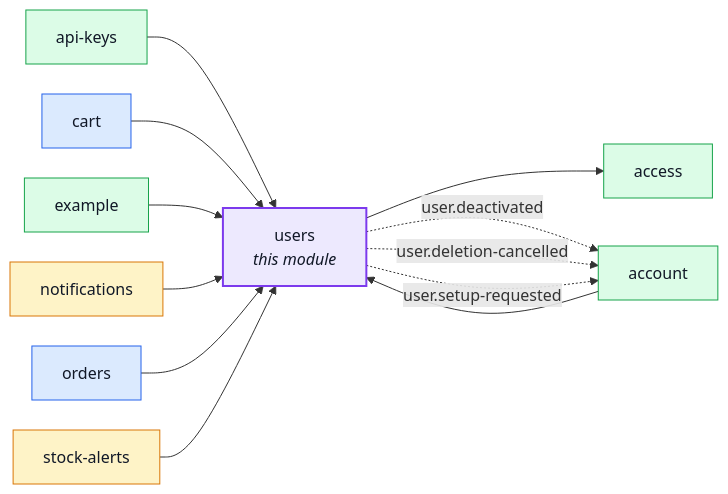
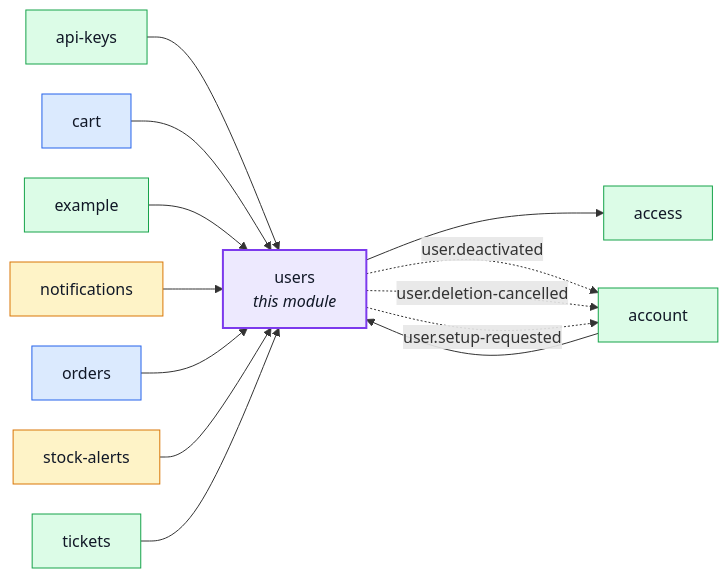
The first of 3 diagrams in docs/modules/users.md (Guebbit/boilerplate-node-backend), drawn with Mermaid before and after one commit. The commit also changed 59 other files, not shown here.

````diff
--- a/docs/modules/users.md
+++ b/docs/modules/users.md
@@ -16,34 +16,36 @@
 ```mermaid
 %%{init: {'flowchart': {'nodeSpacing': 30, 'rankSpacing': 60}}}%%
 flowchart LR
     users["users<br/><i>this module</i>"]
     access["access"]
     account["account"]
     api_keys["api-keys"]
     cart["cart"]
     example["example"]
     notifications["notifications"]
     orders["orders"]
     stock_alerts["stock-alerts"]
+    tickets["tickets"]
 
     account --> users
     api_keys --> users
     cart --> users
     example --> users
     notifications --> users
     orders --> users
     stock_alerts --> users
+    tickets --> users
     users --> access
     users -. "user.deactivated" .-> account
     users -. "user.deletion-cancelled" .-> account
     users -. "user.setup-requested" .-> account
 
     classDef core fill:#dbeafe,stroke:#2563eb,color:#111827;
     classDef supporting fill:#fef3c7,stroke:#d97706,color:#111827;
     classDef generic fill:#dcfce7,stroke:#16a34a,color:#111827;
     classDef centre fill:#ede9fe,stroke:#7c3aed,stroke-width:2px,color:#111827;
     class cart,orders core;
     class notifications,stock_alerts supporting;
-    class access,account,api_keys,example generic;
+    class access,account,api_keys,example,tickets generic;
     class users centre;
 ```
````
